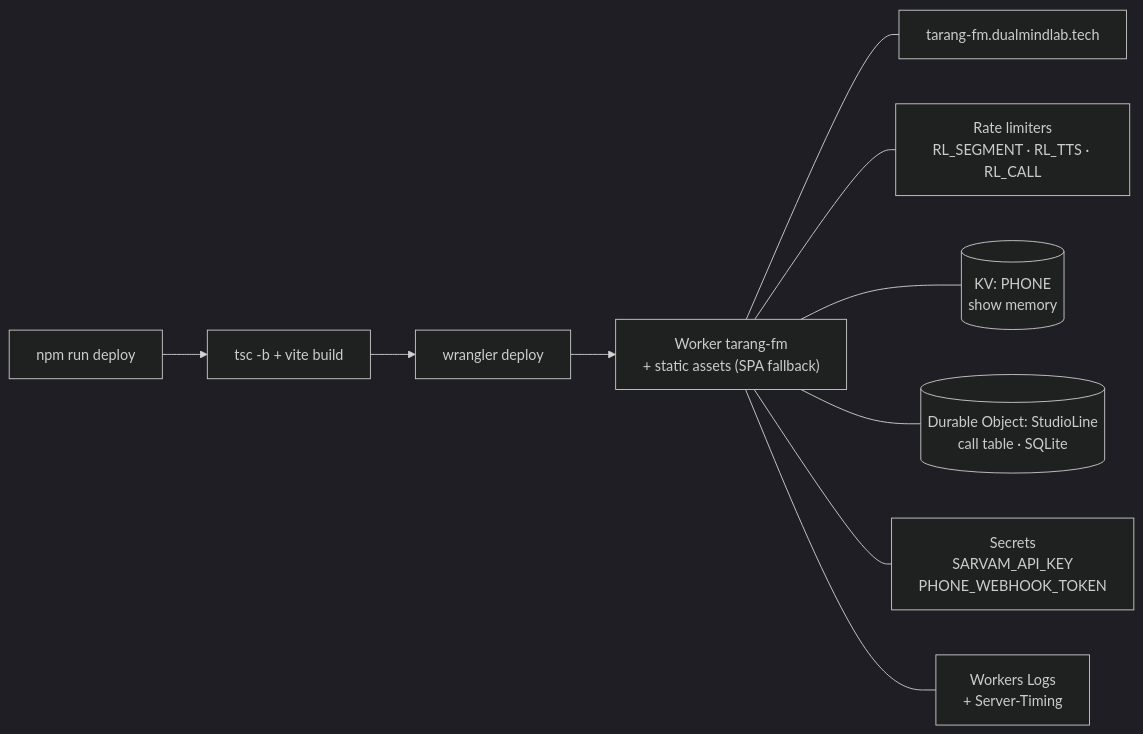
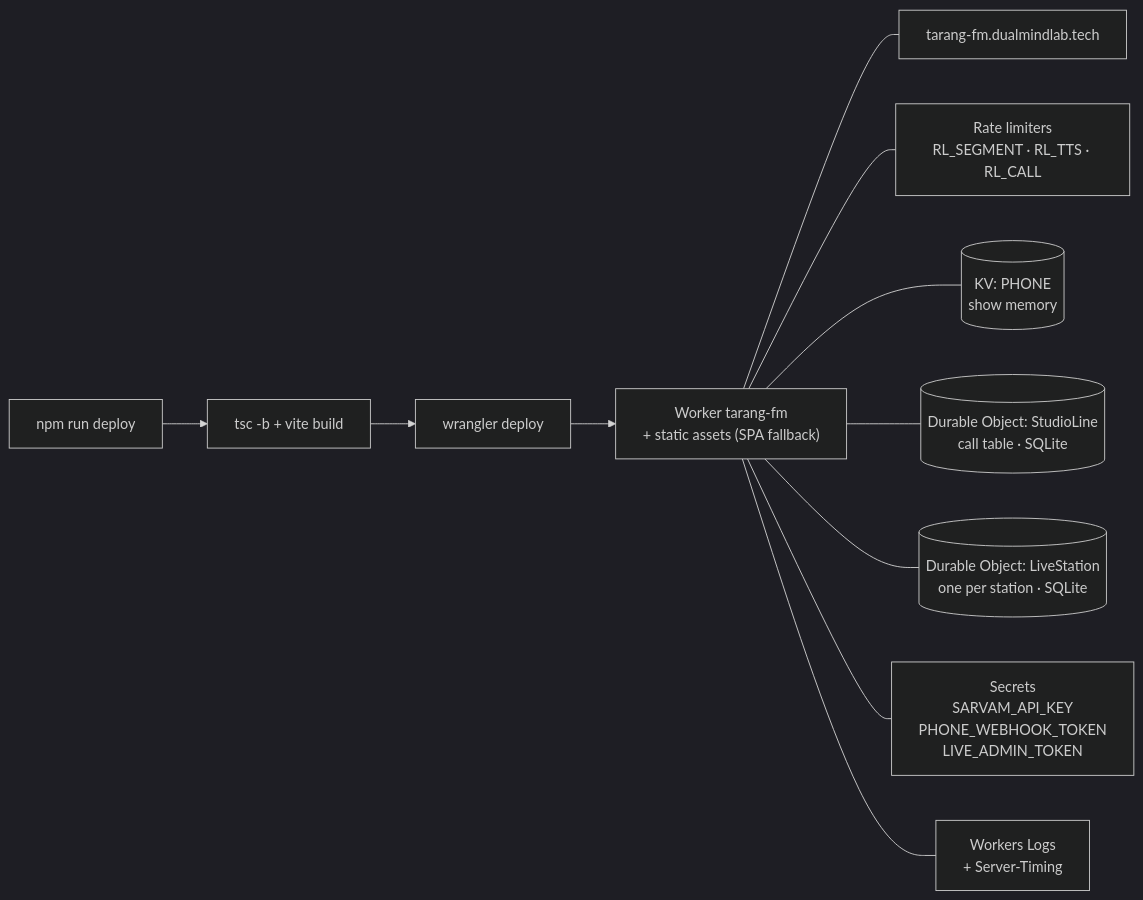
One commit to harshbhx/tarang-fm changed diagram 19 of 19 in docs/ARCHITECTURE.md. Above: the diagram before and after it, drawn with Mermaid (dark theme). The commit also changed other lines of this file and 5 other files, not shown here.

````diff
--- a/docs/ARCHITECTURE.md
+++ b/docs/ARCHITECTURE.md
@@ -549,12 +621,13 @@
 ```mermaid
 flowchart LR
   DEV["npm run deploy"] --> BUILD["tsc -b + vite build"]
   BUILD --> WR["wrangler deploy"]
   WR --> CFW["Worker tarang-fm<br/>+ static assets (SPA fallback)"]
   CFW --- DOM["tarang-fm.dualmindlab.tech"]
   CFW --- RL["Rate limiters<br/>RL_SEGMENT · RL_TTS · RL_CALL"]
   CFW --- KVB[("KV: PHONE<br/>show memory")]
   CFW --- DOB[("Durable Object: StudioLine<br/>call table · SQLite")]
-  CFW --- SEC["Secrets<br/>SARVAM_API_KEY<br/>PHONE_WEBHOOK_TOKEN"]
+  CFW --- DOL[("Durable Object: LiveStation<br/>one per station · SQLite")]
+  CFW --- SEC["Secrets<br/>SARVAM_API_KEY<br/>PHONE_WEBHOOK_TOKEN<br/>LIVE_ADMIN_TOKEN"]
   CFW --- OBS["Workers Logs<br/>+ Server-Timing"]
 ```
````
